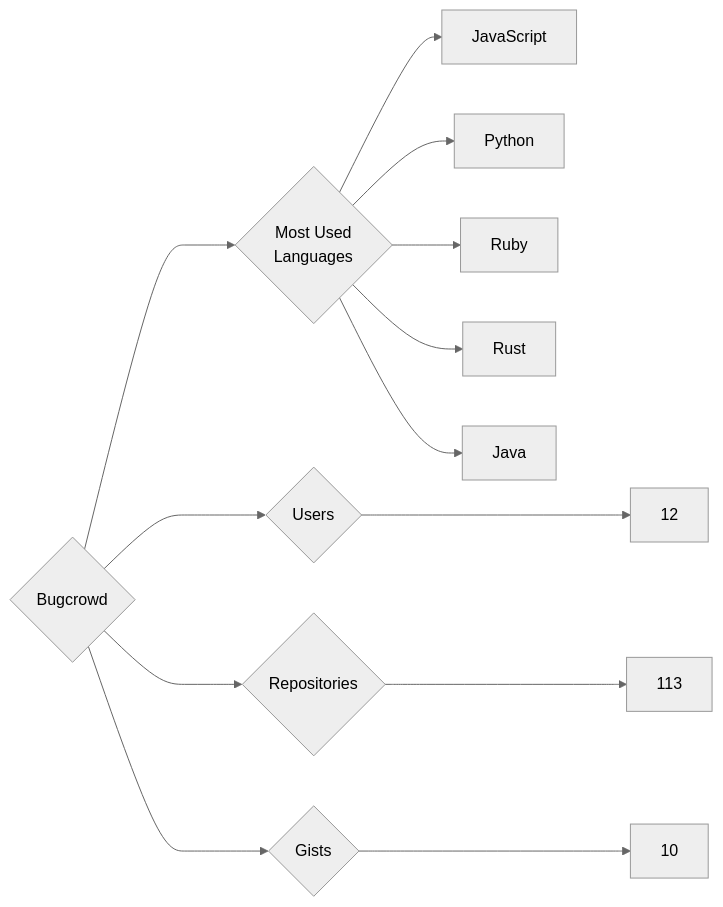
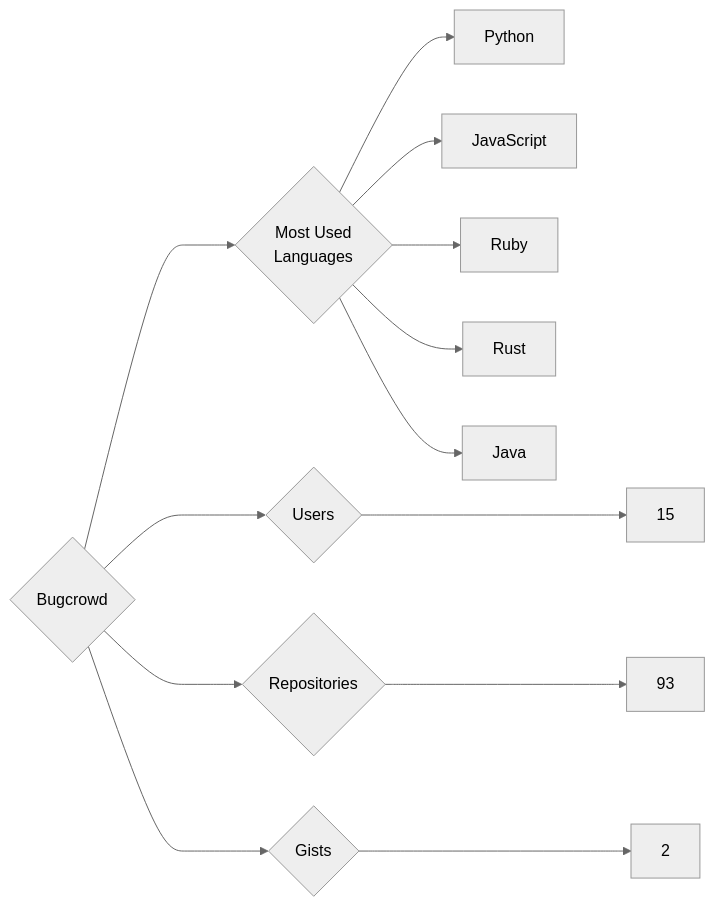
One commit to trickest/insiders changed the diagram in targets/Bugcrowd/README.md. Above: the diagram before and after it, drawn with Mermaid (neutral theme). The commit also changed 857 other files, not shown here.

````diff
--- a/targets/Bugcrowd/README.md
+++ b/targets/Bugcrowd/README.md
@@ -3,13 +3,13 @@
 ```mermaid
 graph LR
 COMPANY_NAME{Bugcrowd}
-COMPANY_NAME ---> U{Users} ---> UN[12]
-COMPANY_NAME ---> R{Repositories} ---> RN[113]
-COMPANY_NAME ---> G{Gists} ---> GN[10]
+COMPANY_NAME ---> U{Users} ---> UN[15]
+COMPANY_NAME ---> R{Repositories} ---> RN[93]
+COMPANY_NAME ---> G{Gists} ---> GN[2]
 COMPANY_NAME ---> ML{Most Used<br>Languages}
+ML --> Python[Python]
 ML --> JavaScript[JavaScript]
-ML --> Python[Python]
 ML --> Ruby[Ruby]
 ML --> Rust[Rust]
 ML --> Java[Java]
 ```
````
